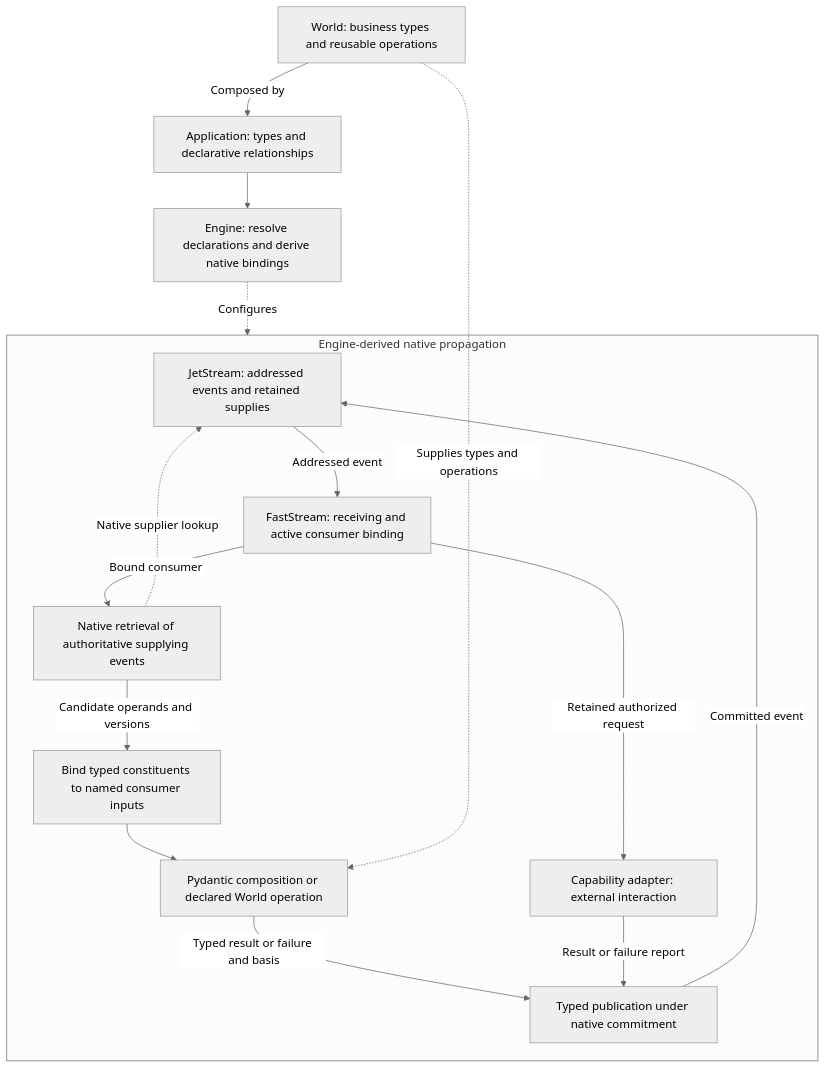
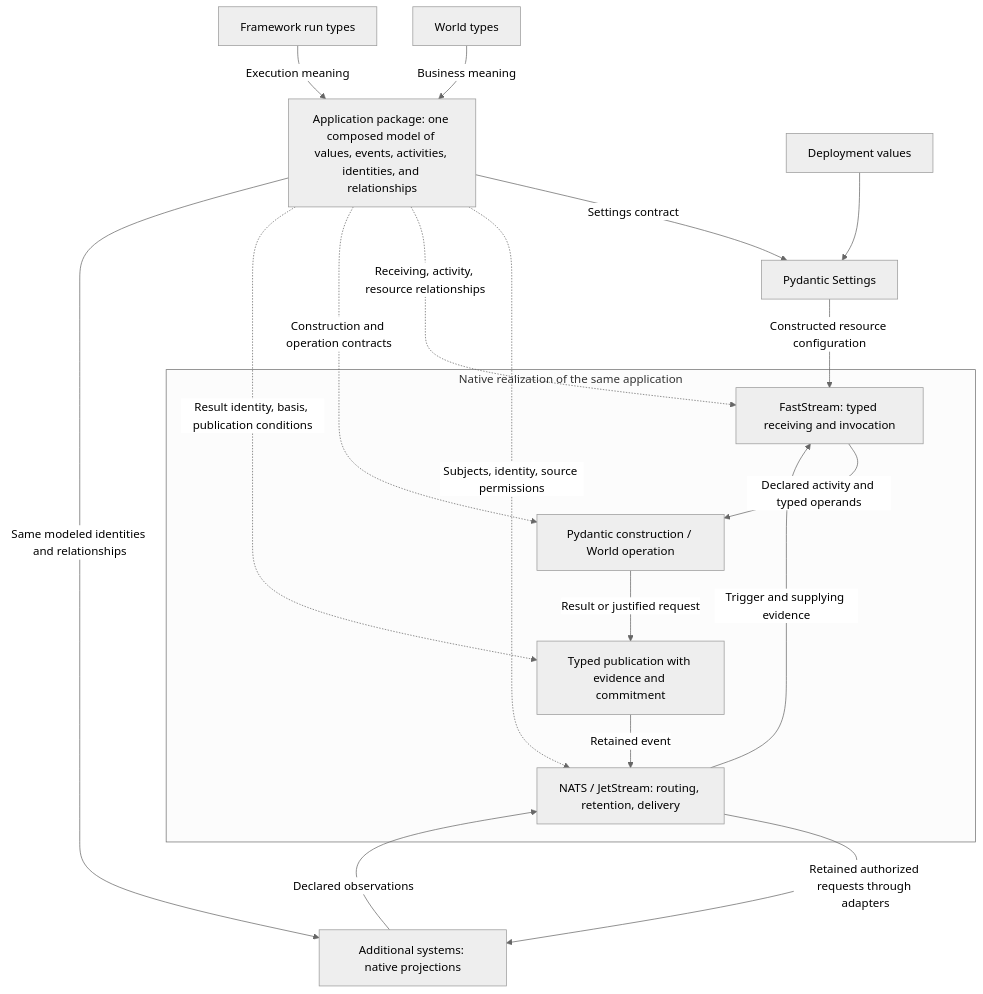
The diagram in docs/architecture/DESIGN.md (kylejtobin/tca), drawn with Mermaid (neutral theme) before and after one commit. The commit also changed other lines of this file, not shown here.

First line of the commit message:
docs(architecture): Center execution on the composed application model

````diff
--- a/docs/architecture/DESIGN.md
+++ b/docs/architecture/DESIGN.md
@@ -18,31 +1,34 @@
 ```mermaid
 flowchart TB
-    WORLD["World: business types and reusable operations"]
-    MODEL["Application: types and declarative relationships"]
-    BIND["Engine: resolve declarations and derive native bindings"]
-    WORLD -->|"Composed by"| MODEL
-    MODEL --> BIND
+    WORLD["World types"]
+    RUN["Framework run types"]
+    APP["Application package: one composed model of values, events, activities, identities, and relationships"]
 
-    subgraph EXECUTION["Engine-derived native propagation"]
-        NATS["JetStream: addressed events and retained supplies"]
-        RECEIVE["FastStream: receiving and active consumer binding"]
-        READ["Native retrieval of authoritative supplying events"]
-        ASSEMBLE["Bind typed constituents to named consumer inputs"]
-        BUILD["Pydantic composition or declared World operation"]
-        PUBLISH["Typed publication under native commitment"]
-        CAP["Capability adapter: external interaction"]
+    WORLD -->|"Business meaning"| APP
+    RUN -->|"Execution meaning"| APP
 
-        NATS -->|"Addressed event"| RECEIVE
-        RECEIVE -->|"Bound consumer"| READ
-        READ -->|"Candidate operands and versions"| ASSEMBLE
-        ASSEMBLE --> BUILD
-        BUILD -->|"Typed result or failure and basis"| PUBLISH
-        PUBLISH -->|"Committed event"| NATS
-        READ -.->|"Native supplier lookup"| NATS
-        RECEIVE -->|"Retained authorized request"| CAP
-        CAP -->|"Result or failure report"| PUBLISH
+    APP -->|"Settings contract"| SETTINGS["Pydantic Settings"]
+    ENV["Deployment values"] --> SETTINGS
+
+    subgraph RUNTIME["Native realization of the same application"]
+        NATS["NATS / JetStream: routing, retention, delivery"]
+        FAST["FastStream: typed receiving and invocation"]
+        BUILD["Pydantic construction / World operation"]
+        PUBLISH["Typed publication with evidence and commitment"]
+
+        NATS -->|"Trigger and supplying evidence"| FAST
+        FAST -->|"Declared activity and typed operands"| BUILD
+        BUILD -->|"Result or justified request"| PUBLISH
+        PUBLISH -->|"Retained event"| NATS
     end
 
-    WORLD -.->|"Supplies types and operations"| BUILD
-    BIND -.->|"Configures"| EXECUTION
+    APP -.->|"Subjects, identity, source permissions"| NATS
+    APP -.->|"Receiving, activity, resource relationships"| FAST
+    APP -.->|"Construction and operation contracts"| BUILD
+    APP -.->|"Result identity, basis, publication conditions"| PUBLISH
+    SETTINGS -->|"Constructed resource configuration"| FAST
+
+    APP -->|"Same modeled identities and relationships"| OTHER["Additional systems: native projections"]
+    NATS -->|"Retained authorized requests through adapters"| OTHER
+    OTHER -->|"Declared observations"| NATS
 ```
````
